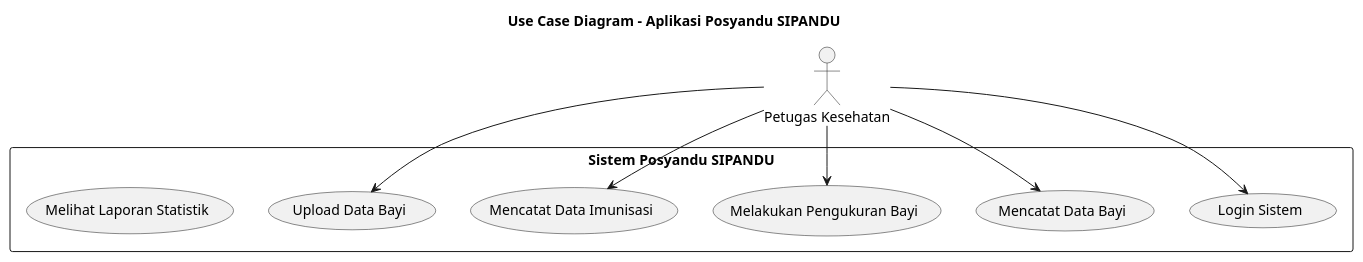
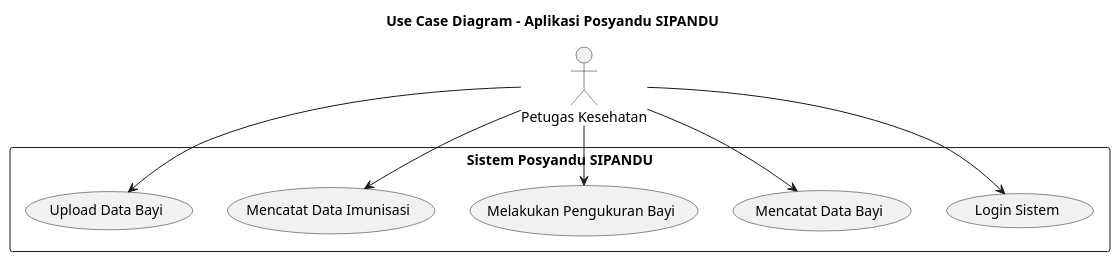
Before and after one commit to RiansyahTohamba/electron-posyandu-anawai: the diagram in UML/use_case.puml, drawn with PlantUML.

Commit message:
update uc

```diff
--- a/UML/use_case.puml
+++ b/UML/use_case.puml
@@ -1,20 +1,22 @@
 @startuml
 title Use Case Diagram - Aplikasi Posyandu SIPANDU
+
+left to right direction
 
 actor "Petugas Kesehatan" as Petugas
 
 rectangle "Sistem Posyandu SIPANDU" {
+    top to bottom direction
     usecase "Login Sistem" as UC1
     usecase "Mencatat Data Bayi" as UC2
     usecase "Melakukan Pengukuran Bayi" as UC3
     usecase "Mencatat Data Imunisasi" as UC4
     usecase "Upload Data Bayi" as UC6
-    usecase "Melihat Laporan Statistik" as UC8
 }
 
 Petugas --> UC1
 Petugas --> UC2
 Petugas --> UC3
 Petugas --> UC4
 Petugas --> UC6
 @enduml
```
